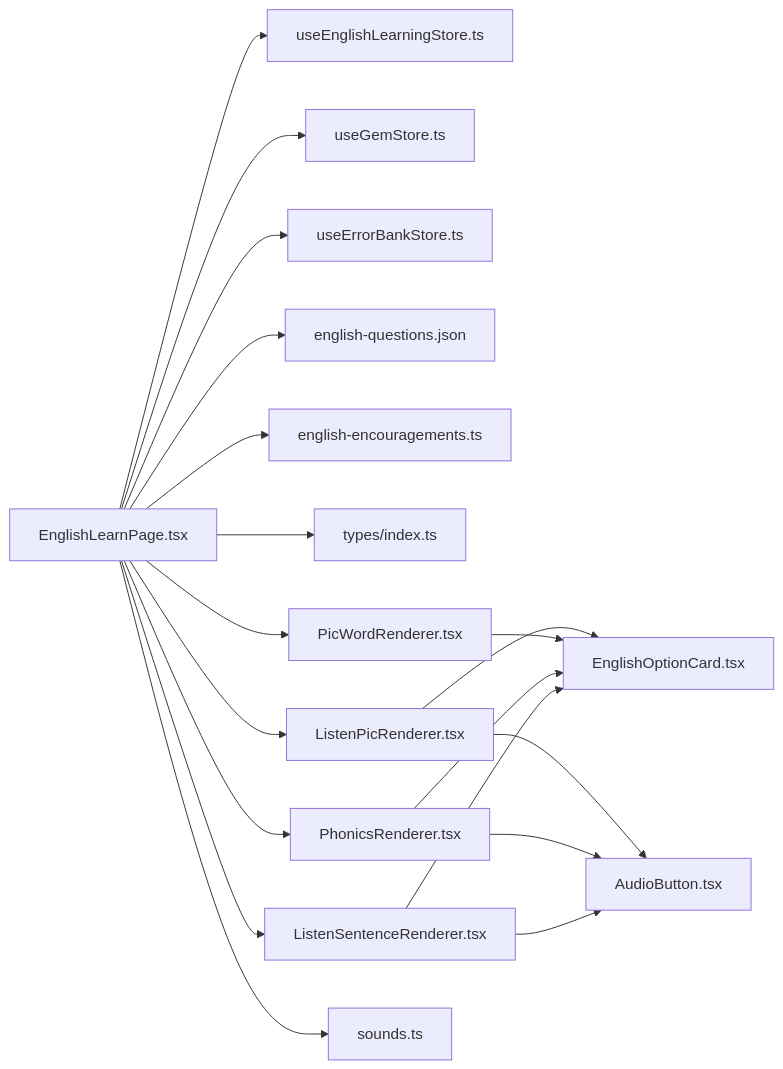
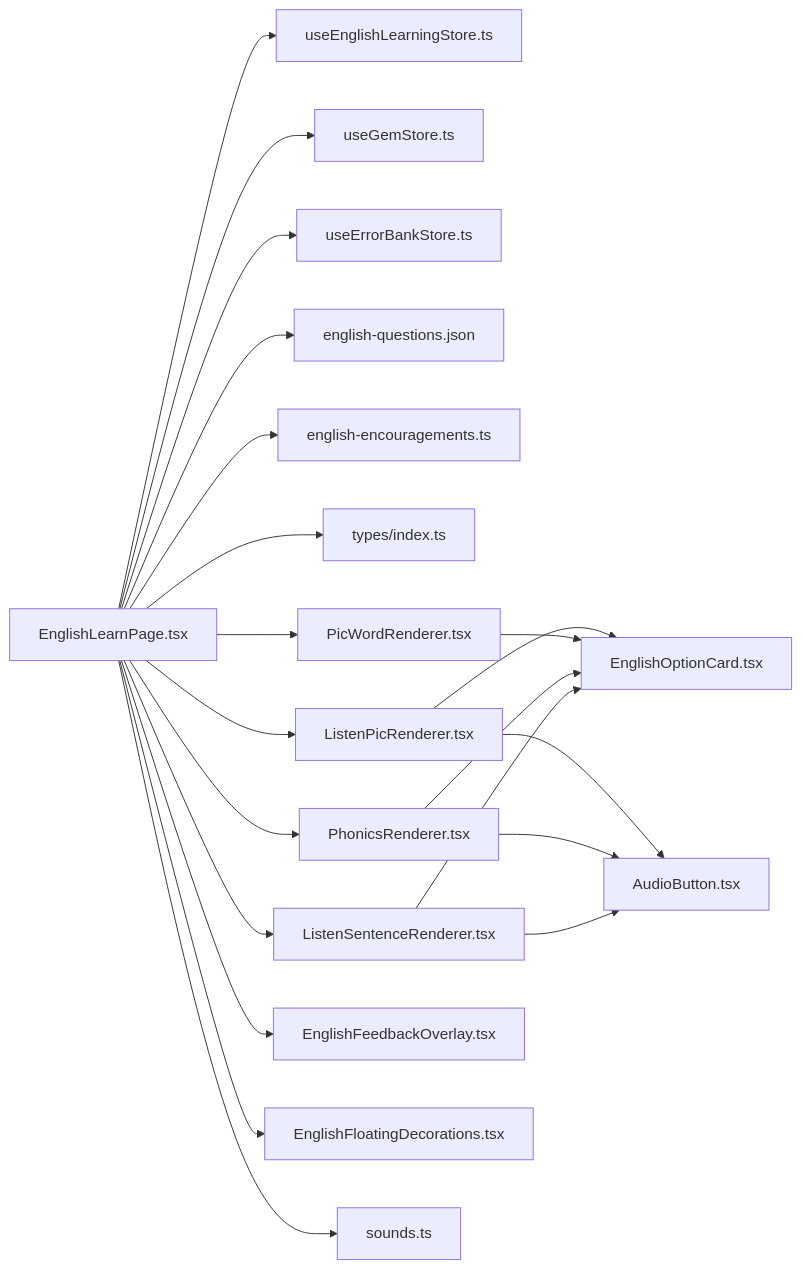
The seventh of 7 diagrams in .qoder/repowiki/zh/content/功能组件详解/英语学习模块.md (wudeng2005/rainbow-learning), drawn with Mermaid before and after one commit. The commit also changed other lines of this file and 23 other files, not shown here.

````diff
--- a/.qoder/repowiki/zh/content/功能组件详解/英语学习模块.md
+++ b/.qoder/repowiki/zh/content/功能组件详解/英语学习模块.md
@@ -380,21 +467,23 @@
 ```mermaid
 graph LR
 P["EnglishLearnPage.tsx"] --> S["useEnglishLearningStore.ts"]
 P --> G["useGemStore.ts"]
 P --> E["useErrorBankStore.ts"]
 P --> Q["english-questions.json"]
 P --> C["english-encouragements.ts"]
 P --> T["types/index.ts"]
 P --> LPR["ListenPicRenderer.tsx"]
 P --> PWR["PicWordRenderer.tsx"]
 P --> PHR["PhonicsRenderer.tsx"]
 P --> LSR["ListenSentenceRenderer.tsx"]
+P --> EFO["EnglishFeedbackOverlay.tsx"]
+P --> EFD["EnglishFloatingDecorations.tsx"]
 LPR --> OC["EnglishOptionCard.tsx"]
 PWR --> OC
 PHR --> OC
 LSR --> OC
 LPR --> AB["AudioButton.tsx"]
 PHR --> AB
 LSR --> AB
 P --> SD["sounds.ts"]
 ```
````
